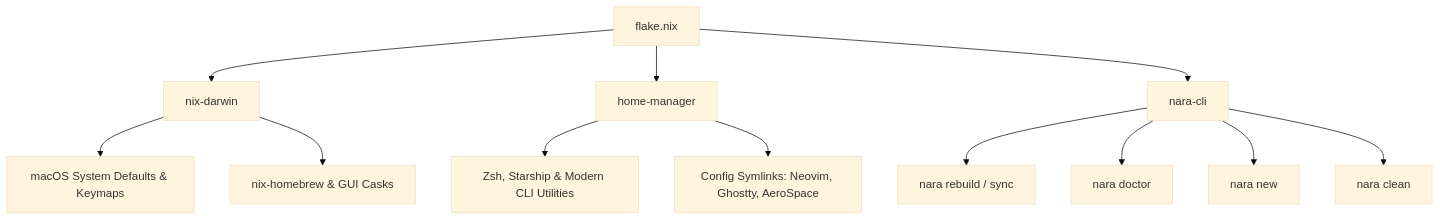
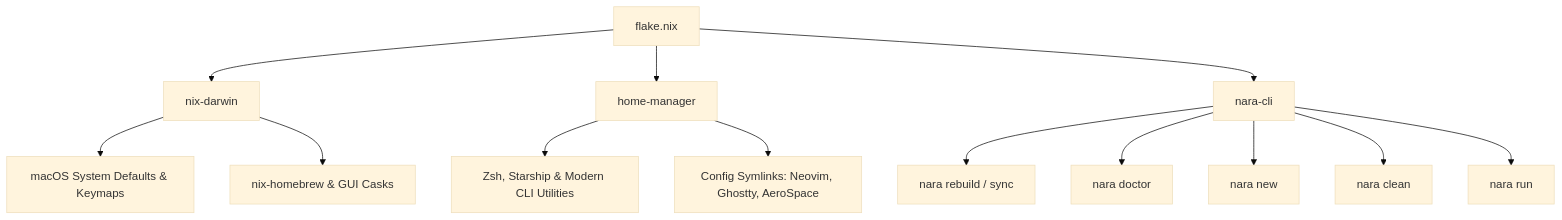
One commit to Aneeshie/dotfiles changed the diagram in README.md. Above: the diagram before and after it, drawn with Mermaid (base theme). The commit also changed other lines of this file, not shown here.

Commit message:
docs: document nara run ephemeral package runner in README

````diff
--- a/README.md
+++ b/README.md
@@ -43,17 +43,18 @@
 ```mermaid
 graph TD
     A[flake.nix] --> B[nix-darwin]
     A --> C[home-manager]
     A --> D[nara-cli]
 
     B --> E[macOS System Defaults & Keymaps]
     B --> F[nix-homebrew & GUI Casks]
 
     C --> G[Zsh, Starship & Modern CLI Utilities]
     C --> H[Config Symlinks: Neovim, Ghostty, AeroSpace]
 
     D --> I[nara rebuild / sync]
     D --> J[nara doctor]
     D --> K[nara new <app>]
     D --> L[nara clean]
+    D --> M[nara run <pkg>]
 ```
````
